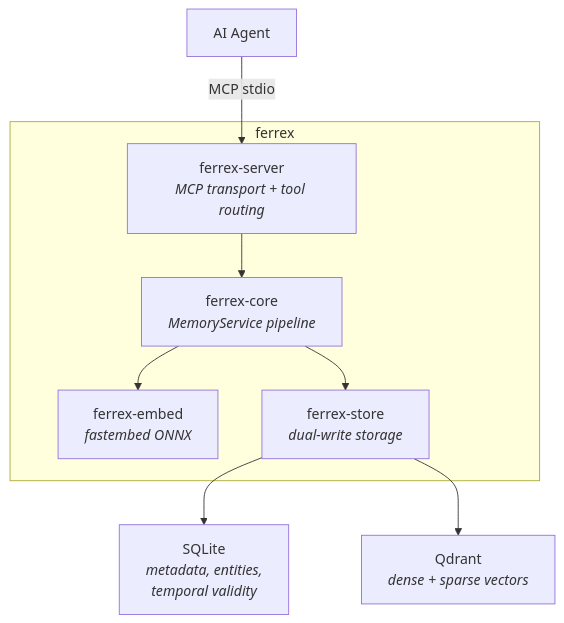
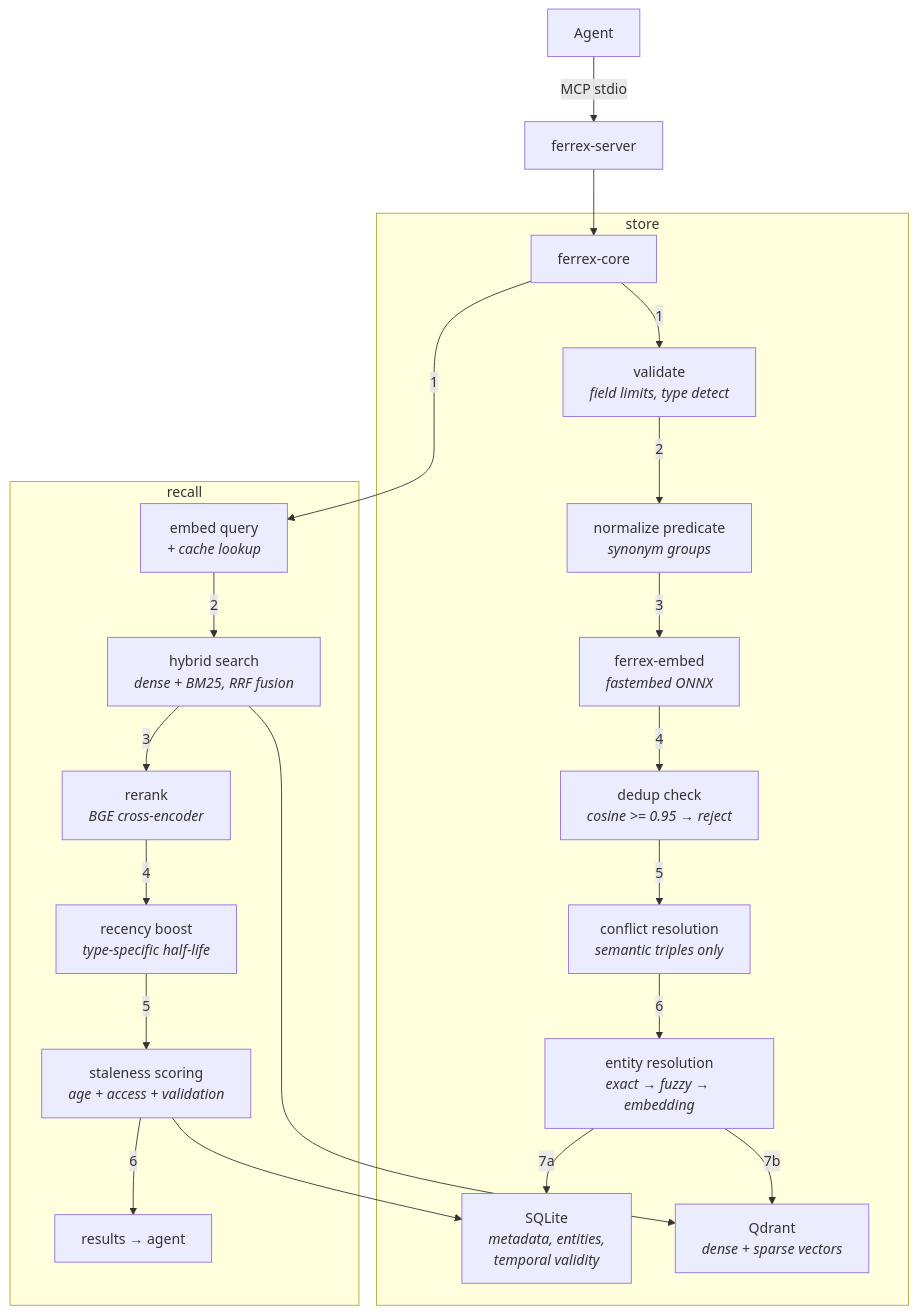
Before and after one commit to vaporif/ferrex: the diagram in README.md, drawn with Mermaid.

Commit message:
readme bump

````diff
--- a/README.md
+++ b/README.md
@@ -11,20 +11,28 @@
 ```mermaid
 flowchart TD
-    Agent["AI Agent"]
+    Agent -->|MCP stdio| Server["ferrex-server"]
+    Server --> Core["ferrex-core"]
 
-    Agent -->|MCP stdio| Server
-
-    subgraph ferrex["ferrex"]
-        Server["ferrex-server\n<i>MCP transport + tool routing</i>"]
-        Core["ferrex-core\n<i>MemoryService pipeline</i>"]
-        Embed["ferrex-embed\n<i>fastembed ONNX</i>"]
-        Store["ferrex-store\n<i>dual-write storage</i>"]
-
-        Server --> Core
-        Core --> Embed
-        Core --> Store
+    subgraph store_flow["store"]
+        Core -->|1| Validate["validate\n<i>field limits, type detect</i>"]
+        Validate -->|2| NormPred["normalize predicate\n<i>synonym groups</i>"]
+        NormPred -->|3| Embed["ferrex-embed\n<i>fastembed ONNX</i>"]
+        Embed -->|4| Dedup["dedup check\n<i>cosine >= 0.95 → reject</i>"]
+        Dedup -->|5| Conflict["conflict resolution\n<i>semantic triples only</i>"]
+        Conflict -->|6| Resolve["entity resolution\n<i>exact → fuzzy → embedding</i>"]
+        Resolve -->|7a| SQLite["SQLite\n<i>metadata, entities,\ntemporal validity</i>"]
+        Resolve -->|7b| Qdrant["Qdrant\n<i>dense + sparse vectors</i>"]
     end
 
-    Store --> SQLite["SQLite\n<i>metadata, entities,\ntemporal validity</i>"]
-    Store --> Qdrant["Qdrant\n<i>dense + sparse vectors</i>"]
+    subgraph recall_flow["recall"]
+        Core -->|1| EmbedQ["embed query\n<i>+ cache lookup</i>"]
+        EmbedQ -->|2| Hybrid["hybrid search\n<i>dense + BM25, RRF fusion</i>"]
+        Hybrid -->|3| Rerank["rerank\n<i>BGE cross-encoder</i>"]
+        Rerank -->|4| Boost["recency boost\n<i>type-specific half-life</i>"]
+        Boost -->|5| Stale["staleness scoring\n<i>age + access + validation</i>"]
+        Stale -->|6| Return["results → agent"]
+    end
+
+    Hybrid --> Qdrant
+    Stale --> SQLite
 ```
````
